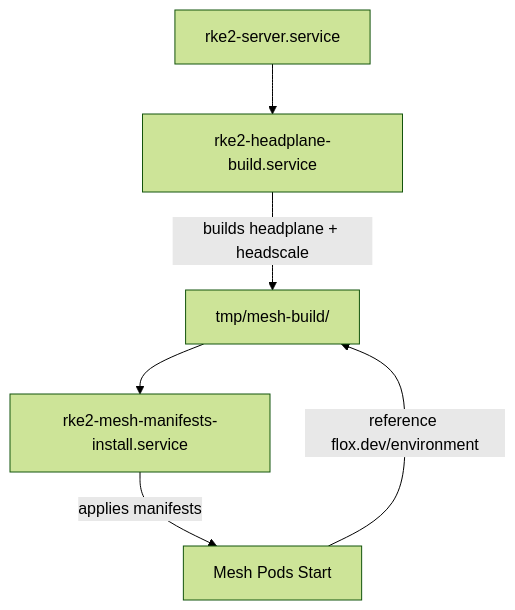
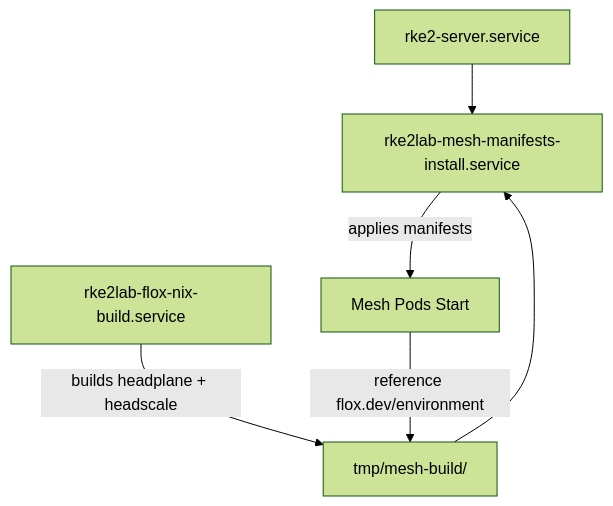
Before and after one commit to nxmatic/rke2lab: the diagram in rke2.d/bioskop/master/catalog/mesh/FLOX-INVENTORY.md, drawn with Mermaid (forest theme). The commit also changed other lines of this file and 44 other files, not shown here.

Commit message:
Rename custom systemd units to rke2lab prefix

````diff
--- a/rke2.d/bioskop/master/catalog/mesh/FLOX-INVENTORY.md
+++ b/rke2.d/bioskop/master/catalog/mesh/FLOX-INVENTORY.md
@@ -60,8 +60,8 @@
 ```mermaid
 graph TD
-    A["rke2-server.service"] --> B["rke2-headplane-build.service"]
-    B --> |builds headplane + headscale| C["tmp/mesh-build/"]
-    C --> D["rke2-mesh-manifests-install.service"]
+    A["rke2-server.service"] --> D["rke2lab-mesh-manifests-install.service"]
+    B["rke2lab-flox-nix-build.service"] --> |builds headplane + headscale| C["tmp/mesh-build/"]
+    C --> D
     D --> |applies manifests| E["Mesh Pods Start"]
     E --> |reference flox.dev/environment| C
 ```
````
